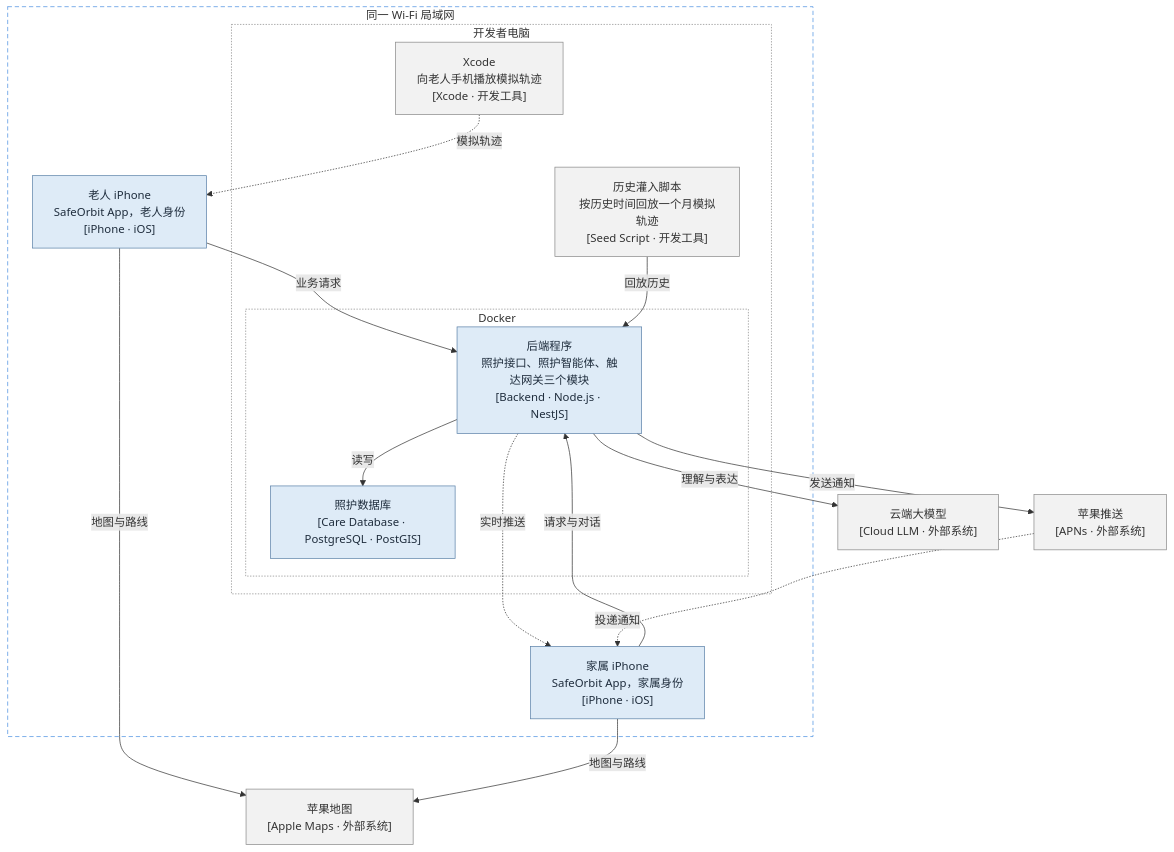
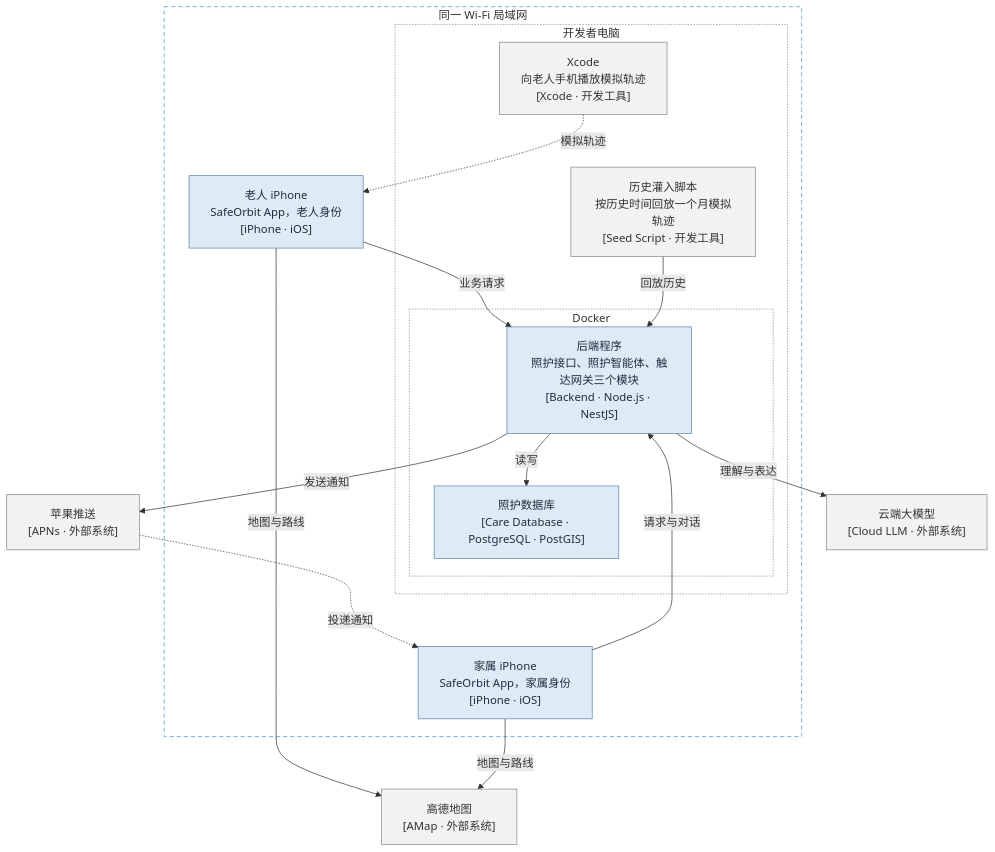
One commit to AoiKazamatsuri/safeorbit changed the diagram in truth/architecture/safeorbit-demo-deployment/safeorbit-demo-deployment.mmd. Above: the diagram before and after it, drawn with Mermaid. The commit also changed 16 other files, not shown here.

```diff
--- a/truth/architecture/safeorbit-demo-deployment/safeorbit-demo-deployment.mmd
+++ b/truth/architecture/safeorbit-demo-deployment/safeorbit-demo-deployment.mmd
@@ -1,36 +1,35 @@
 graph TB
     %% name: safeorbit-demo-deployment
     %% home: safeorbit-demo-deployment
     subgraph WIFI["同一 Wi-Fi 局域网"]
         EP["老人 iPhone<br/>SafeOrbit App，老人身份<br/>[iPhone · iOS]"]
         FP["家属 iPhone<br/>SafeOrbit App，家属身份<br/>[iPhone · iOS]"]
         subgraph LAPTOP["开发者电脑"]
             subgraph DOCKER["Docker"]
                 BE["后端程序<br/>照护接口、照护智能体、触达网关三个模块<br/>[Backend · Node.js · NestJS]"]
                 DB["照护数据库<br/>[Care Database · PostgreSQL · PostGIS]"]
             end
             XC["Xcode<br/>向老人手机播放模拟轨迹<br/>[Xcode · 开发工具]"]
             SEED["历史灌入脚本<br/>按历史时间回放一个月模拟轨迹<br/>[Seed Script · 开发工具]"]
         end
     end
-    MAP["苹果地图<br/>[Apple Maps · 外部系统]"]
+    MAP["高德地图<br/>[AMap · 外部系统]"]
     APNS["苹果推送<br/>[APNs · 外部系统]"]
     LLM["云端大模型<br/>[Cloud LLM · 外部系统]"]
     EP -->|"业务请求"| BE
     FP -->|"请求与对话"| BE
-    BE -.->|"实时推送"| FP
     BE -->|"读写"| DB
     BE -->|"发送通知"| APNS
     APNS -.->|"投递通知"| FP
     BE -->|"理解与表达"| LLM
     EP -->|"地图与路线"| MAP
     FP -->|"地图与路线"| MAP
     XC -.->|"模拟轨迹"| EP
     SEED -->|"回放历史"| BE
     classDef shell fill:#deebf7,stroke:#5b81a8,color:#1f2d3d
     classDef ext fill:#f2f2f2,stroke:#8a8a8a,color:#333333
     class EP,FP,BE,DB shell
     class XC,SEED,MAP,APNS,LLM ext
     style WIFI fill:none,stroke:#4a90e2,stroke-dasharray:6 4
     style LAPTOP fill:none,stroke:#8a8a8a,stroke-dasharray:2 2
     style DOCKER fill:none,stroke:#8a8a8a,stroke-dasharray:2 2
```
